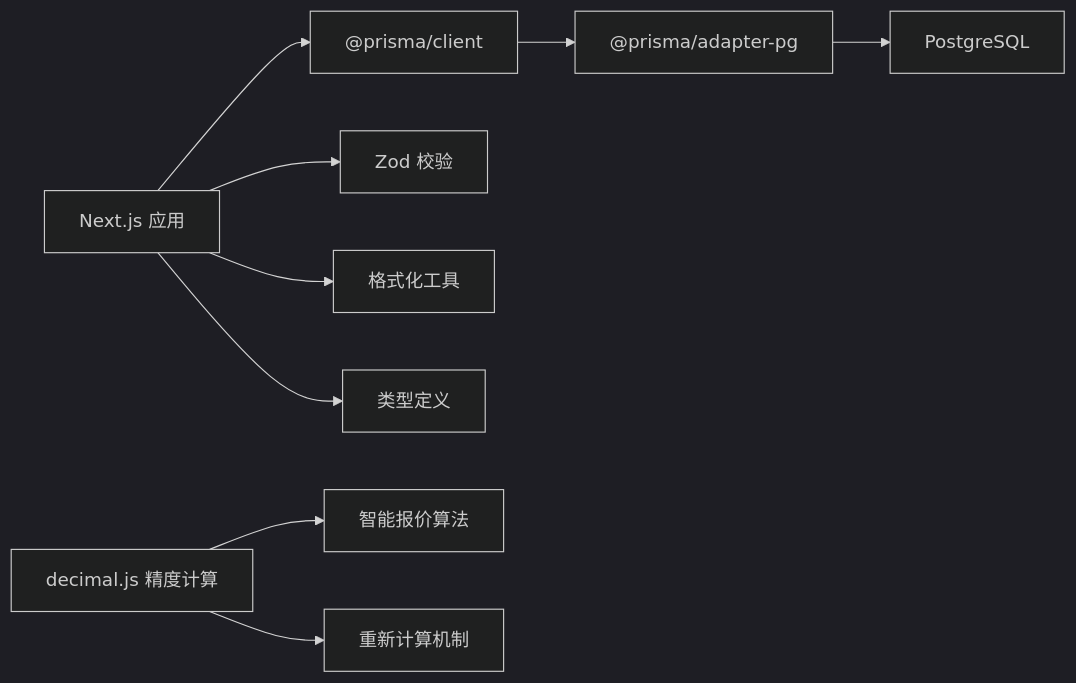
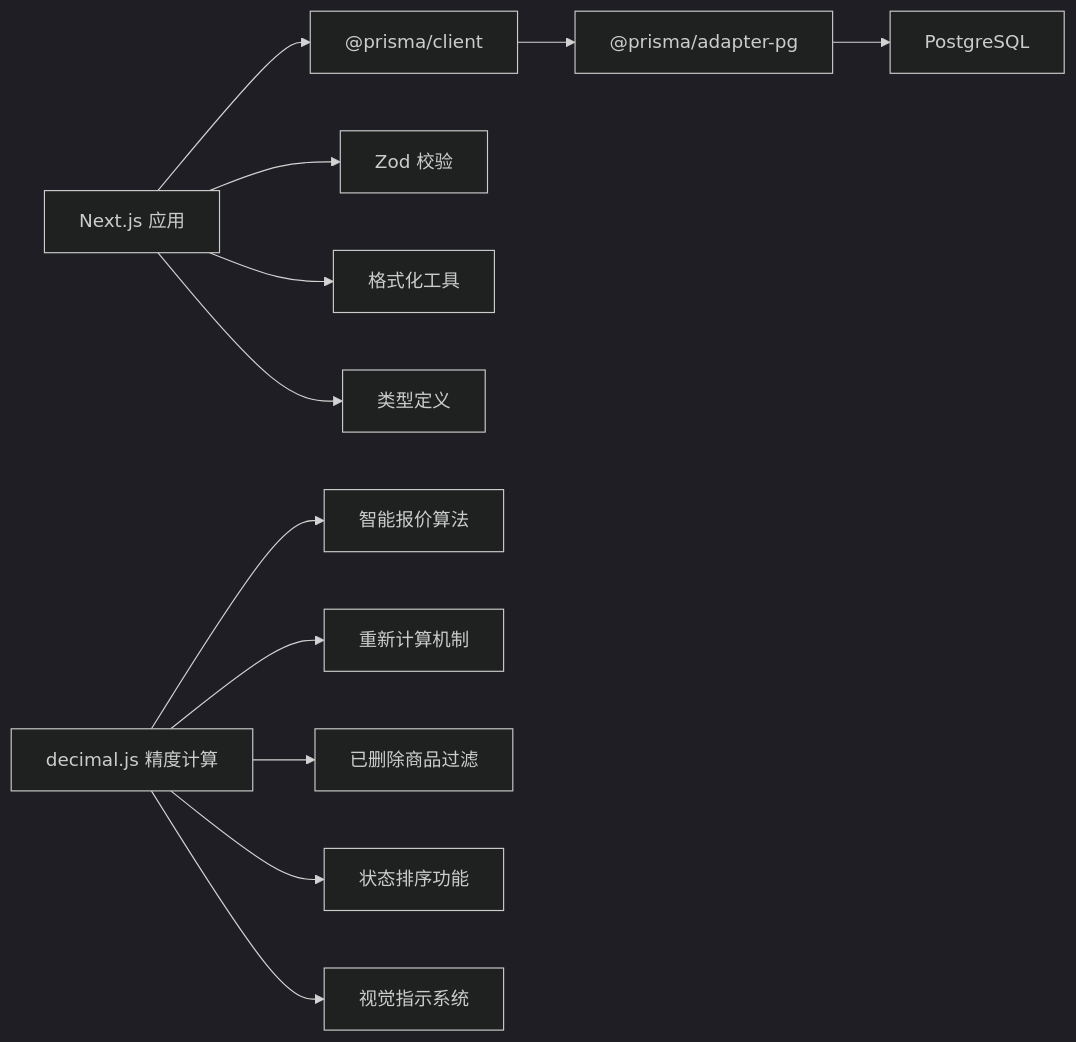
Diagram 11 of 11 in .qoder/repowiki/zh/content/管理后台系统/订单管理系统.md (three3638-arch/celestia_2b), drawn with Mermaid (dark theme) before and after one commit. The commit also changed other lines of this file and 5 other files, not shown here.

````diff
--- a/.qoder/repowiki/zh/content/管理后台系统/订单管理系统.md
+++ b/.qoder/repowiki/zh/content/管理后台系统/订单管理系统.md
@@ -396,21 +459,27 @@
 ```mermaid
 graph LR
 NEXT["Next.js 应用"]
 PRISMA["@prisma/client"]
 ADAPTER["@prisma/adapter-pg"]
 PG["PostgreSQL"]
 ZOD["Zod 校验"]
 UTILS["格式化工具"]
 TYPES["类型定义"]
 DECIMAL["decimal.js 精度计算"]
 QUOTE["智能报价算法"]
 RECOMPUTE["重新计算机制"]
+FILTER["已删除商品过滤"]
+SORT["状态排序功能"]
+VISUAL["视觉指示系统"]
 NEXT --> PRISMA
 PRISMA --> ADAPTER
 ADAPTER --> PG
 NEXT --> ZOD
 NEXT --> UTILS
 NEXT --> TYPES
 DECIMAL --> QUOTE
 DECIMAL --> RECOMPUTE
+DECIMAL --> FILTER
+DECIMAL --> SORT
+DECIMAL --> VISUAL
 ```
````
